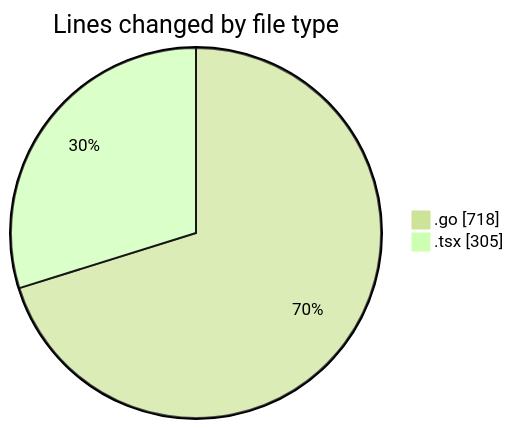
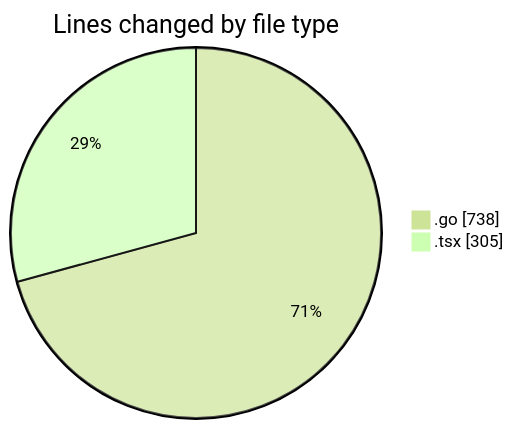
One commit to robertbonfada/code-tracking changed the first of 2 diagrams in 2025-03-01/termonied_testador/README.md. Above: the diagram before and after it, drawn with Mermaid (forest theme). The commit also changed other lines of this file and 1 other file, not shown here.

````diff
--- a/2025-03-01/termonied_testador/README.md
+++ b/2025-03-01/termonied_testador/README.md
@@ -28,6 +28,6 @@
 ```mermaid
 pie showData
 title Lines changed by file type
-".go" : 718
+".go" : 738
 ".tsx" : 305
 ```
````
